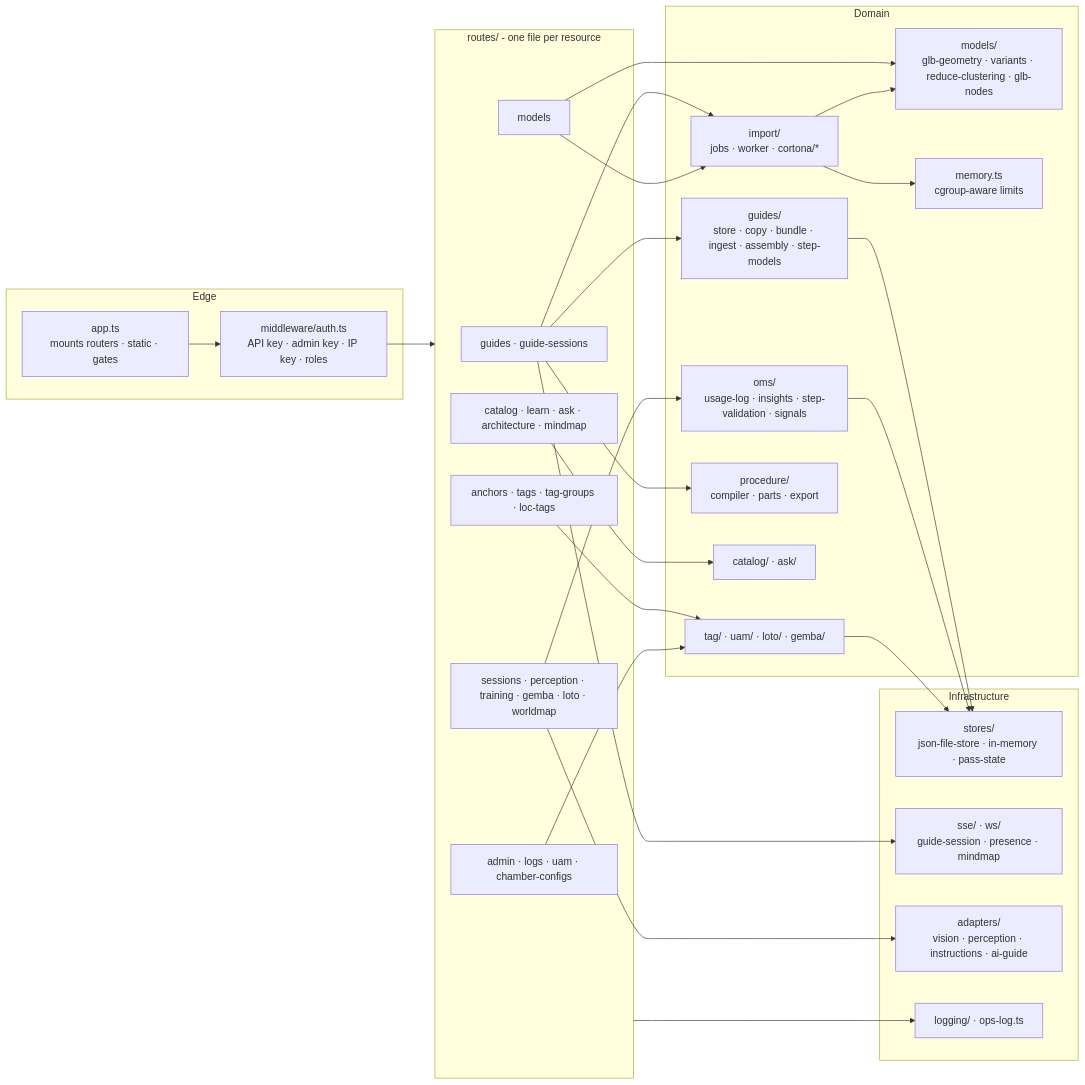
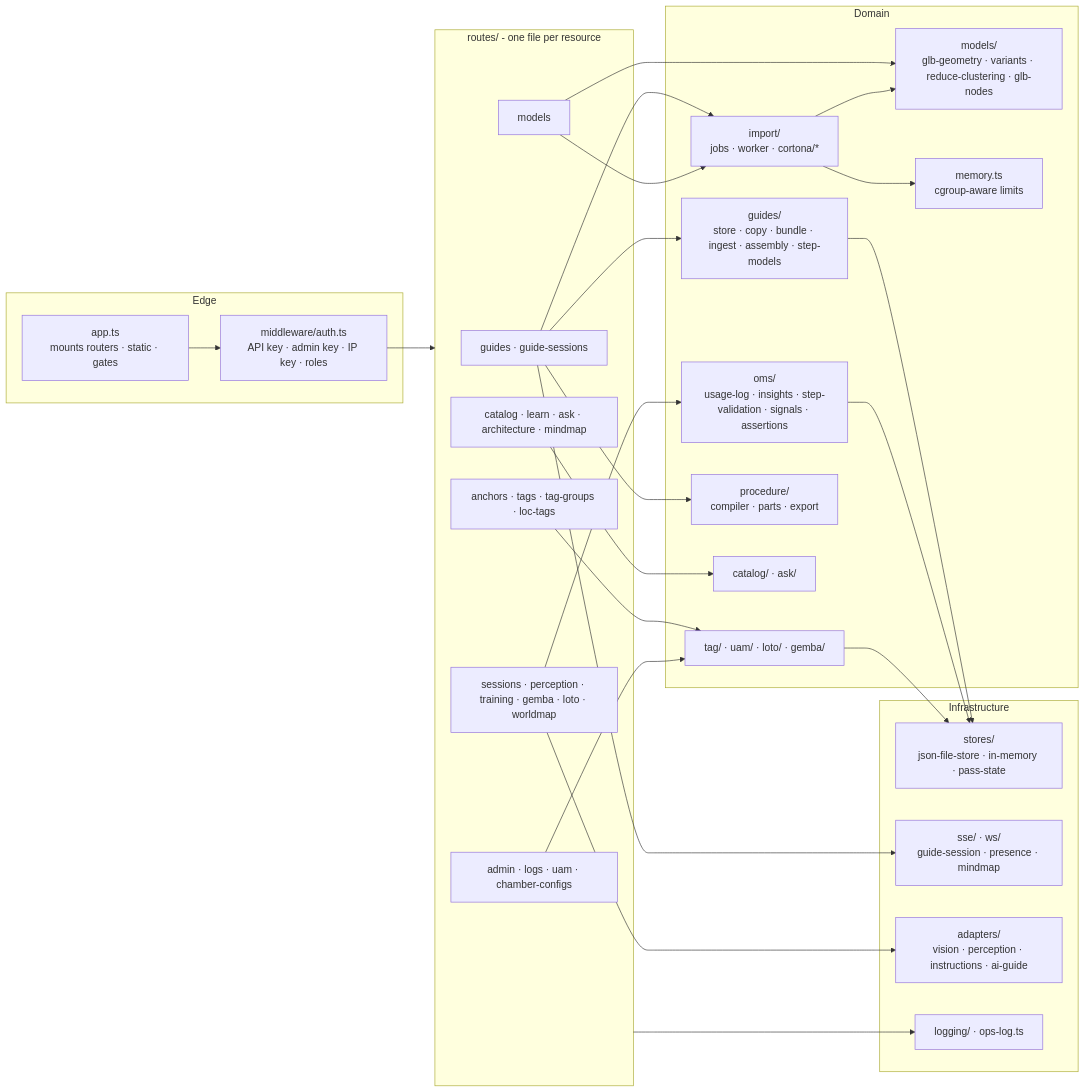
Before and after one commit to krocx/spatial-tapgging-app: the fourth of 6 diagrams in docs/ARCHITECTURE.md, drawn with Mermaid. The commit also changed other lines of this file and 2 other files, not shown here.

Commit message:
Docs for the spatial readings thread: Feature Catalog §9 (2026.4.50, AROMS-337 to 355), catalogue entry spatial-readings shipped with the author and operator flow and the events API, Architecture L3 iOS (ReadingCaptureSheet · ReadingEngine · ReadingJudge · PresenceScorer) and SIB (oms/assertions)

````diff
--- a/docs/ARCHITECTURE.md
+++ b/docs/ARCHITECTURE.md
@@ -146,49 +146,49 @@
 ```mermaid
 flowchart LR
   subgraph EDGE["Edge"]
     APPTS["app.ts<br/>mounts routers · static · gates"]
     AUTH["middleware/auth.ts<br/>API key · admin key · IP key · roles"]
   end
   subgraph ROUTES["routes/ - one file per resource"]
     R_GUIDES["guides · guide-sessions"]
     R_MODELS["models"]
     R_ANCH["anchors · tags · tag-groups · loc-tags"]
     R_OPS["admin · logs · uam · chamber-configs"]
     R_OMS["sessions · perception · training · gemba · loto · worldmap"]
     R_DOCS["catalog · learn · ask · architecture · mindmap"]
   end
   subgraph DOMAIN["Domain"]
     GUIDES["guides/<br/>store · copy · bundle · ingest · assembly · step-models"]
     IMPORT["import/<br/>jobs · worker · cortona/*"]
     MODELSD["models/<br/>glb-geometry · variants · reduce-clustering · glb-nodes"]
-    OMS["oms/<br/>usage-log · insights · step-validation · signals"]
+    OMS["oms/<br/>usage-log · insights · step-validation · signals · assertions"]
     TAG["tag/ · uam/ · loto/ · gemba/"]
     PROC["procedure/<br/>compiler · parts · export"]
     CATALOG["catalog/ · ask/"]
     MEM["memory.ts<br/>cgroup-aware limits"]
   end
   subgraph INFRA["Infrastructure"]
     STORES["stores/<br/>json-file-store · in-memory · pass-state"]
     SSE["sse/ · ws/<br/>guide-session · presence · mindmap"]
     ADAPT["adapters/<br/>vision · perception · instructions · ai-guide"]
     LOG["logging/ · ops-log.ts"]
   end
   APPTS --> AUTH --> ROUTES
   R_GUIDES --> GUIDES
   R_GUIDES --> IMPORT
   R_MODELS --> MODELSD
   R_MODELS --> IMPORT
   IMPORT --> MODELSD
   IMPORT --> MEM
   R_OMS --> OMS
   R_ANCH --> TAG
   R_OPS --> TAG
   R_DOCS --> CATALOG
   R_GUIDES --> PROC
   GUIDES --> STORES
   OMS --> STORES
   TAG --> STORES
   R_GUIDES --> SSE
   R_OMS --> ADAPT
   ROUTES --> LOG
 ```
````
